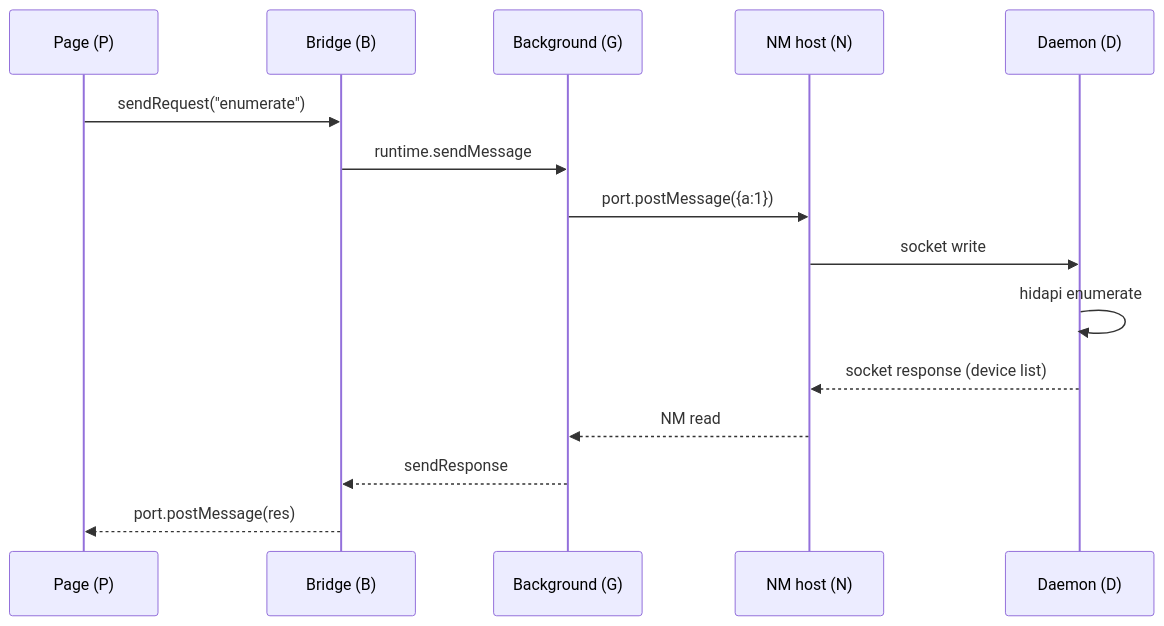
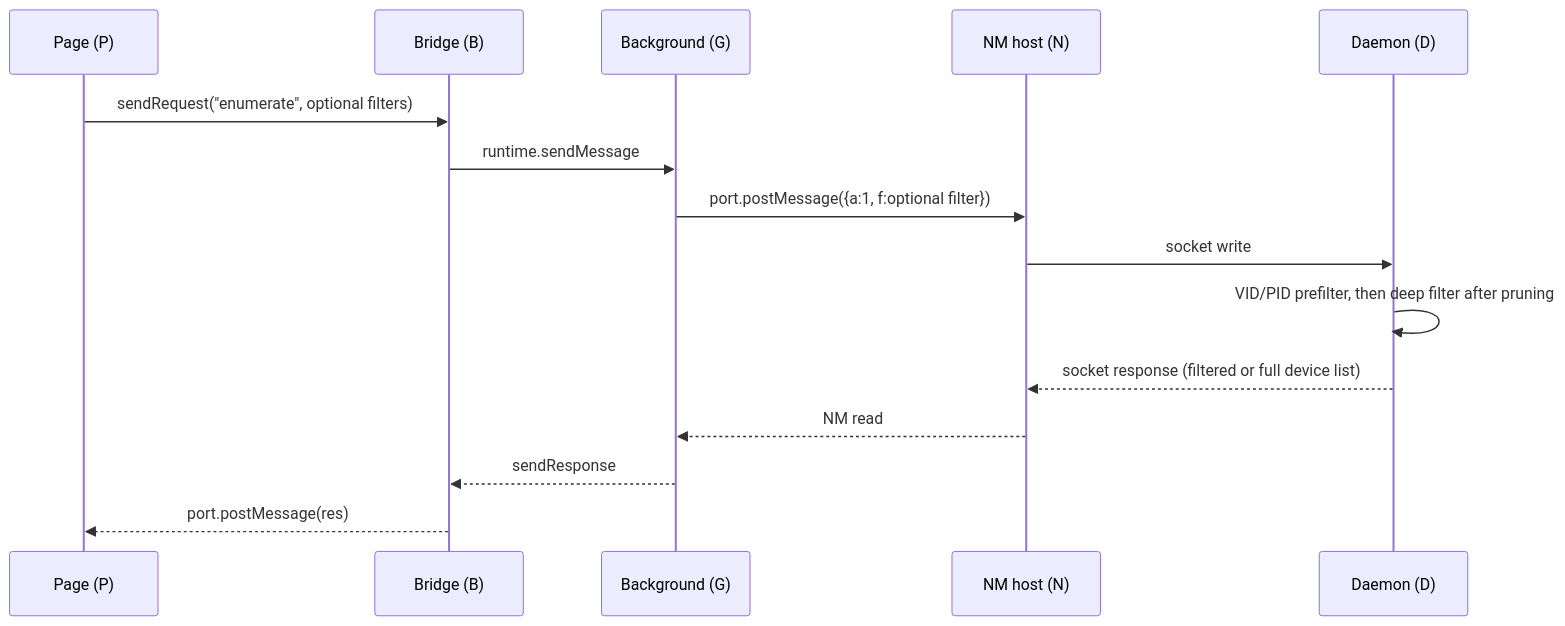
Before and after one commit to K4zoku/FF-WebHID: the ninth of 16 diagrams in docs/DATA_PATH.md, drawn with Mermaid. The commit also changed other lines of this file and 17 other files, not shown here.

Commit message:
feat: device filter inside daemon

````diff
--- a/docs/DATA_PATH.md
+++ b/docs/DATA_PATH.md
@@ -510,18 +510,18 @@
 ```mermaid
 sequenceDiagram
     participant P as Page (P)
     participant B as Bridge (B)
     participant G as Background (G)
     participant N as NM host (N)
     participant D as Daemon (D)
 
-    P->>B: sendRequest("enumerate")
+    P->>B: sendRequest("enumerate", optional filters)
     B->>G: runtime.sendMessage
-    G->>N: port.postMessage({a:1})
+    G->>N: port.postMessage({a:1, f:optional filter})
     N->>D: socket write
-    D->>D: hidapi enumerate
-    D-->>N: socket response (device list)
+    D->>D: VID/PID prefilter, then deep filter after pruning
+    D-->>N: socket response (filtered or full device list)
     N-->>G: NM read
     G-->>B: sendResponse
     B-->>P: port.postMessage(res)
 ```
````
